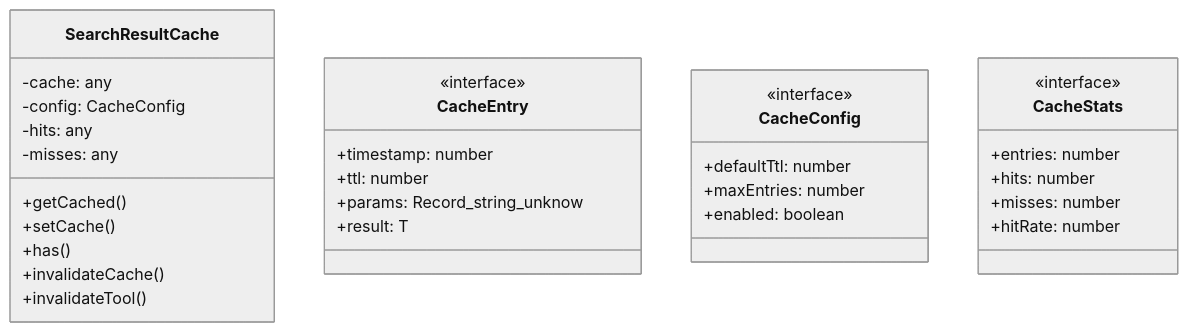
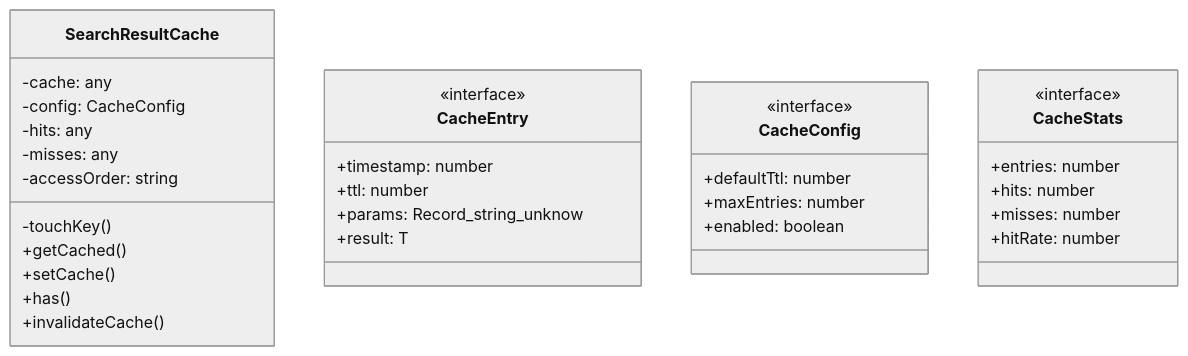
The first of 3 diagrams in ABDD/.pi/extensions/search/utils/cache.md (Mekann2904/mekann), drawn with Mermaid (neutral theme) before and after one commit. The commit also changed other lines of this file and 205 other files, not shown here.

````diff
--- a/ABDD/.pi/extensions/search/utils/cache.md
+++ b/ABDD/.pi/extensions/search/utils/cache.md
@@ -34,34 +34,35 @@
 ```mermaid
 classDiagram
   class SearchResultCache {
     -cache: any
     -config: CacheConfig
     -hits: any
     -misses: any
+    -accessOrder: string
+    -touchKey()
     +getCached()
     +setCache()
     +has()
     +invalidateCache()
-    +invalidateTool()
   }
   class CacheEntry {
     <<interface>>
     +timestamp: number
     +ttl: number
     +params: Record_string_unknow
     +result: T
   }
   class CacheConfig {
     <<interface>>
     +defaultTtl: number
     +maxEntries: number
     +enabled: boolean
   }
   class CacheStats {
     <<interface>>
     +entries: number
     +hits: number
     +misses: number
     +hitRate: number
   }
 ```
````
